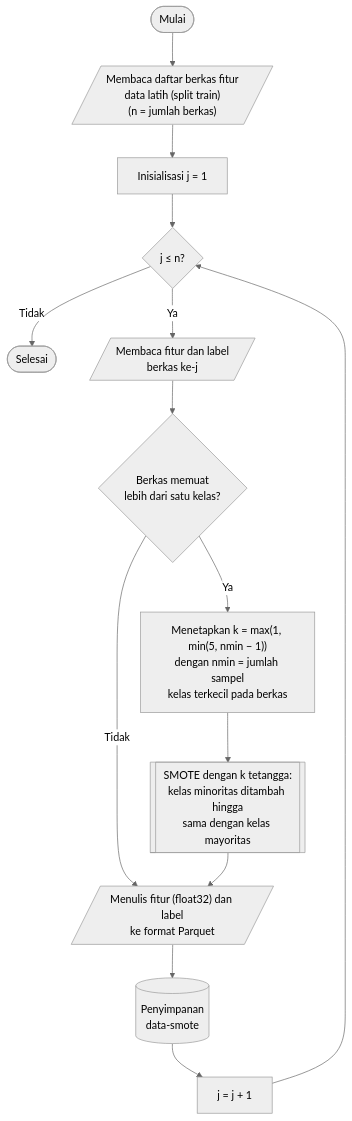
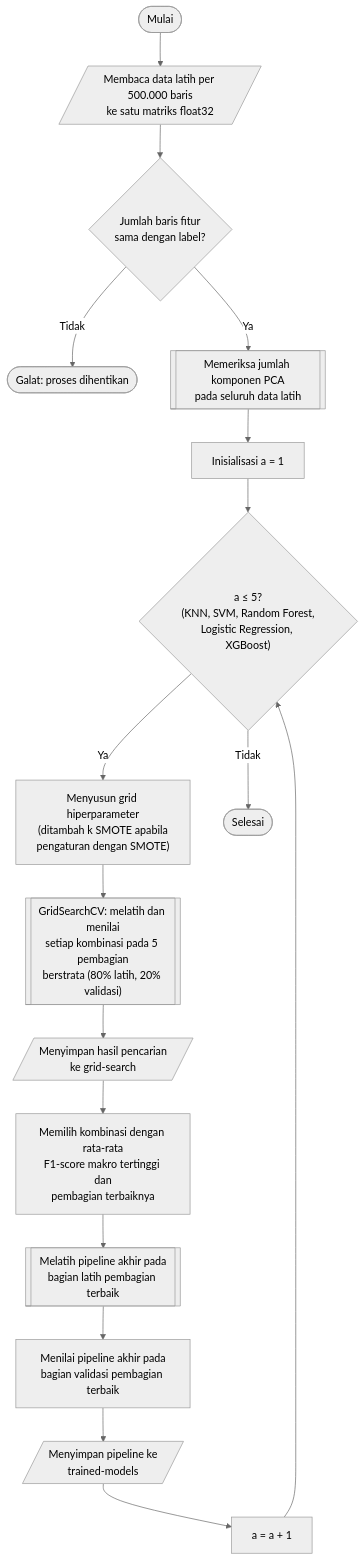
One commit to JoxNeis/mlids-robustness changed the diagram in thesis/diagram/bab_04/diagram_04_08_01.mmd. Above: the diagram before and after it, drawn with Mermaid (neutral theme). The commit also changed 80 other files, not shown here.

```diff
--- a/thesis/diagram/bab_04/diagram_04_08_01.mmd
+++ b/thesis/diagram/bab_04/diagram_04_08_01.mmd
@@ -1,16 +1,20 @@
 flowchart TD
     mulai(["Mulai"])
-    mulai --> input_berkas[/"Membaca daftar berkas fitur<br>data latih (split train)<br>(n = jumlah berkas)"/]
-    input_berkas --> init_j["Inisialisasi j = 1"]
-    init_j --> cek_j{"j ≤ n?"}
+    mulai --> muat[/"Membaca data latih per 500.000 baris<br>ke satu matriks float32"/]
+    muat --> cek_baris{"Jumlah baris fitur<br>sama dengan label?"}
+    cek_baris -->|"Tidak"| galat(["Galat: proses dihentikan"])
+    cek_baris -->|"Ya"| periksa_pca[["Memeriksa jumlah komponen PCA<br>pada seluruh data latih"]]
+    periksa_pca --> init_a["Inisialisasi a = 1"]
+    init_a --> cek_a{"a ≤ 5?<br>(KNN, SVM, Random Forest,<br>Logistic Regression, XGBoost)"}
 
-    cek_j -->|"Tidak"| selesai(["Selesai"])
-    cek_j -->|"Ya"| baca_df[/"Membaca fitur dan label<br>berkas ke-j"/]
-    baca_df --> cek_kelas{"Berkas memuat<br>lebih dari satu kelas?"}
-    cek_kelas -->|"Tidak"| tulis
-    cek_kelas -->|"Ya"| hitung_k["Menetapkan k = max(1, min(5, nmin − 1))<br>dengan nmin = jumlah sampel<br>kelas terkecil pada berkas"]
-    hitung_k --> smote[["SMOTE dengan k tetangga:<br>kelas minoritas ditambah hingga<br>sama dengan kelas mayoritas"]]
-    smote --> tulis[/"Menulis fitur (float32) dan label<br>ke format Parquet"/]
-    tulis --> simpan[("Penyimpanan<br>data-smote")]
-    simpan --> inc_j["j = j + 1"]
-    inc_j --> cek_j
+    cek_a -->|"Ya"| grid["Menyusun grid hiperparameter<br>(ditambah k SMOTE apabila<br>pengaturan dengan SMOTE)"]
+    grid --> cari[["GridSearchCV: melatih dan menilai<br>setiap kombinasi pada 5 pembagian<br>berstrata (80% latih, 20% validasi)"]]
+    cari --> simpan_cari[/"Menyimpan hasil pencarian<br>ke grid-search"/]
+    simpan_cari --> pilih["Memilih kombinasi dengan rata-rata<br>F1-score makro tertinggi dan<br>pembagian terbaiknya"]
+    pilih --> latih[["Melatih pipeline akhir pada<br>bagian latih pembagian terbaik"]]
+    latih --> nilai["Menilai pipeline akhir pada<br>bagian validasi pembagian terbaik"]
+    nilai --> simpan_model[/"Menyimpan pipeline ke<br>trained-models"/]
+    simpan_model --> inc_a["a = a + 1"]
+    inc_a --> cek_a
+
+    cek_a -->|"Tidak"| selesai(["Selesai"])
```
